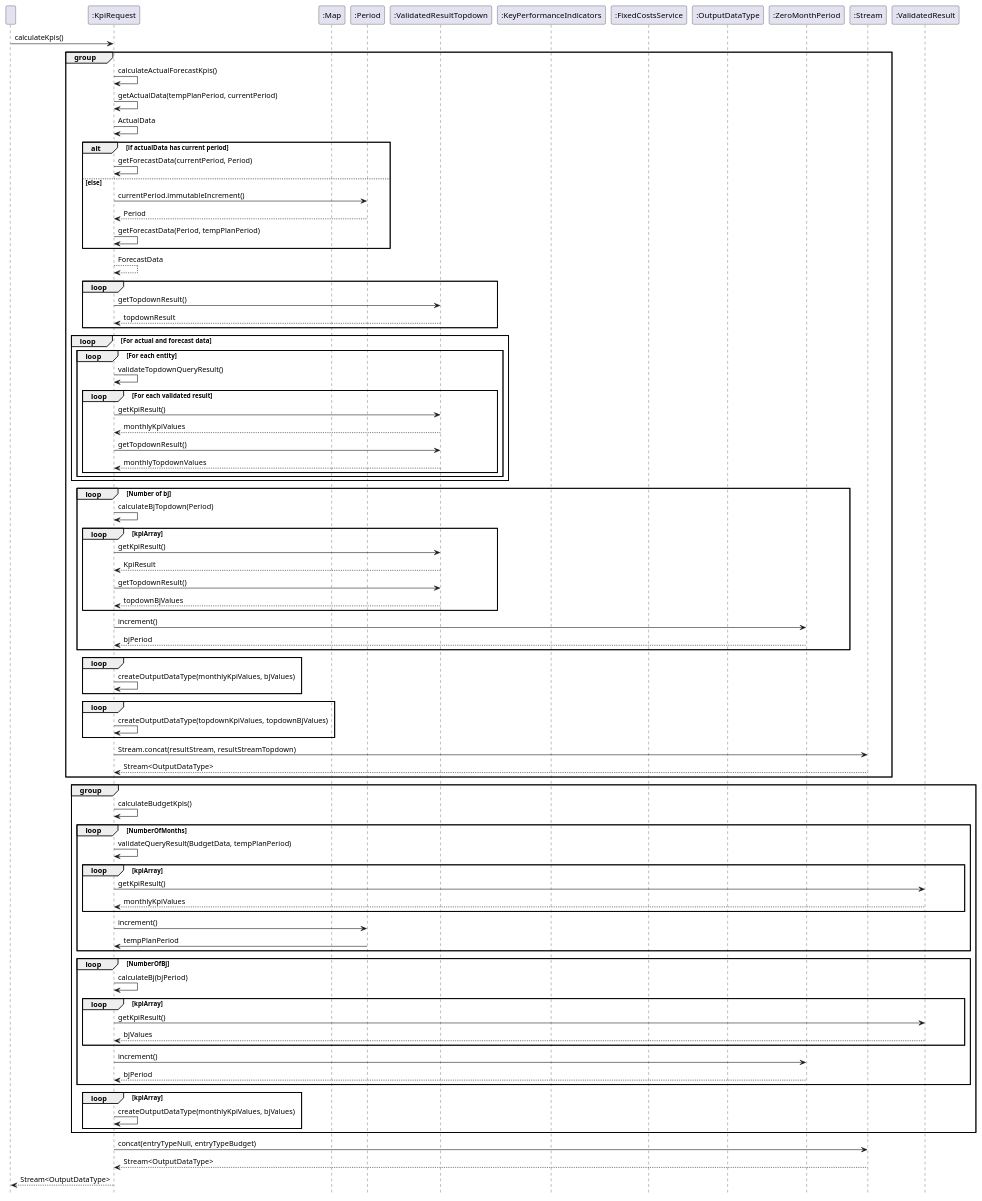
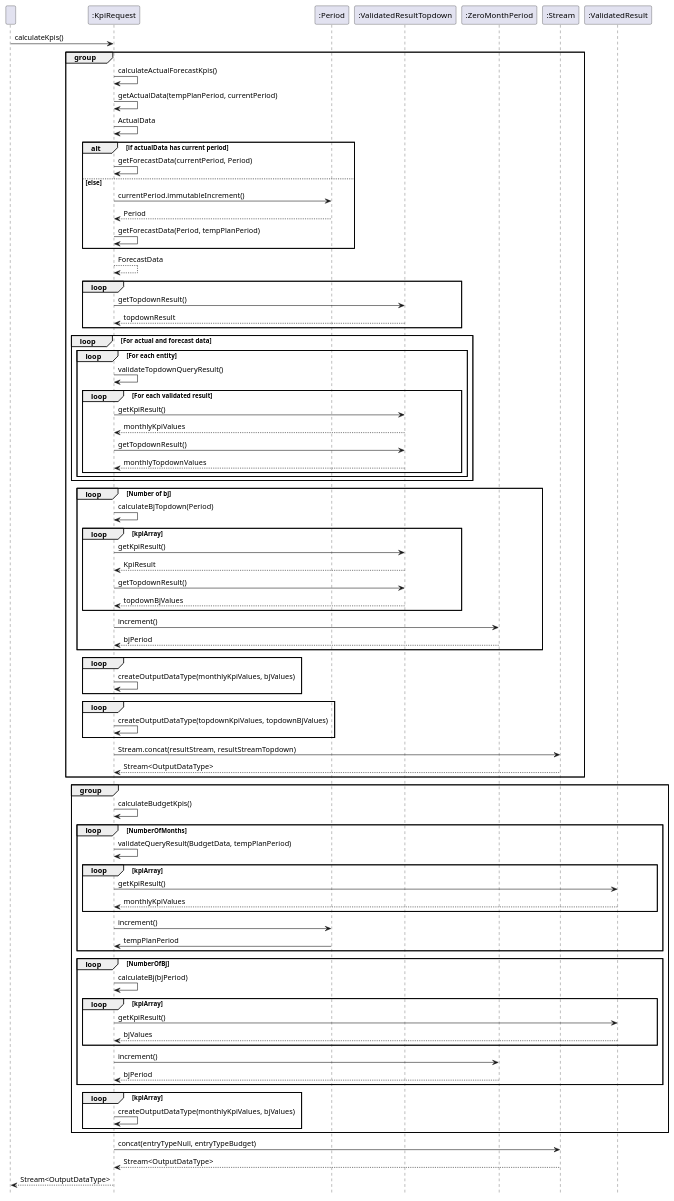
One commit to wagnst/forecast-cassandra changed the diagram in diagrams/sequence/sequence_KpiRequest.puml. Above: the diagram before and after it, drawn with PlantUML.

Commit message:
update sequence_KpiRequest diagramm

```diff
--- a/diagrams/sequence/sequence_KpiRequest.puml
+++ b/diagrams/sequence/sequence_KpiRequest.puml
@@ -1,100 +1,96 @@
 @startuml
 hide footbox
 participant  " "
 participant  ":KpiRequest"
-participant  ":Map"
 participant  ":Period"
 participant  ":ValidatedResultTopdown"
-participant  ":KeyPerformanceIndicators"
-participant  ":FixedCostsService"
-participant  ":OutputDataType"
 participant  ":ZeroMonthPeriod"
 
 
 " " -> ":KpiRequest" : calculateKpis()
 group
 ":KpiRequest" -> ":KpiRequest" : calculateActualForecastKpis()
 ":KpiRequest" -> ":KpiRequest" : getActualData(tempPlanPeriod, currentPeriod)
 ":KpiRequest" -> ":KpiRequest" : ActualData
 alt if actualData has current period
     ":KpiRequest" -> ":KpiRequest" : getForecastData(currentPeriod, Period)
     else else
     ":KpiRequest" -> ":Period" : currentPeriod.immutableIncrement()
     ":Period" --> ":KpiRequest" : Period
     ":KpiRequest" -> ":KpiRequest" : getForecastData(Period, tempPlanPeriod)
 end
     ":KpiRequest" --> ":KpiRequest" : ForecastData
 
 loop
 ":KpiRequest" -> ":ValidatedResultTopdown" : getTopdownResult()
 ":ValidatedResultTopdown" --> ":KpiRequest" : topdownResult
 end
 
 loop For actual and forecast data
    loop For each entity
          ":KpiRequest" -> ":KpiRequest" : validateTopdownQueryResult()
         loop For each validated result
             ":KpiRequest" -> ":ValidatedResultTopdown" : getKpiResult()
             ":ValidatedResultTopdown" --> ":KpiRequest" : monthlyKpiValues
             ":KpiRequest" -> ":ValidatedResultTopdown" : getTopdownResult()
             ":ValidatedResultTopdown" --> ":KpiRequest" : monthlyTopdownValues
         end
    end
 end
 
 loop Number of bj
     ":KpiRequest" -> ":KpiRequest" : calculateBjTopdown(Period)
     loop kpiArray
         ":KpiRequest" -> ":ValidatedResultTopdown" : getKpiResult()
         ":ValidatedResultTopdown" --> ":KpiRequest" : KpiResult
         ":KpiRequest" -> ":ValidatedResultTopdown" : getTopdownResult()
         ":ValidatedResultTopdown" --> ":KpiRequest" : topdownBjValues
     end
     ":KpiRequest" -> ":ZeroMonthPeriod" : increment()
     ":ZeroMonthPeriod" --> ":KpiRequest" : bjPeriod
 end
 
 loop
        ":KpiRequest" -> ":KpiRequest" : createOutputDataType(monthlyKpiValues, bjValues)
 end
 
 loop
     ":KpiRequest" -> ":KpiRequest" : createOutputDataType(topdownKpiValues, topdownBjValues)
 end
 
 ":KpiRequest" -> ":Stream" : Stream.concat(resultStream, resultStreamTopdown)
 ":Stream" --> ":KpiRequest" : Stream<OutputDataType>
 end
 group
 ":KpiRequest" -> ":KpiRequest" : calculateBudgetKpis()
 
 loop NumberOfMonths
     ":KpiRequest" -> ":KpiRequest" : validateQueryResult(BudgetData, tempPlanPeriod)
     loop kpiArray
         ":KpiRequest" -> ":ValidatedResult" : getKpiResult()
         ":ValidatedResult" --> ":KpiRequest" : monthlyKpiValues
     end
         ":KpiRequest" -> ":Period" : increment()
         ":Period" -> ":KpiRequest" : tempPlanPeriod
 end
 
 loop NumberOfBj
     ":KpiRequest" -> ":KpiRequest" : calculateBj(bjPeriod)
     loop kpiArray
         ":KpiRequest" -> ":ValidatedResult": getKpiResult()
         ":ValidatedResult" --> ":KpiRequest": bjValues
     end
     ":KpiRequest" -> ":ZeroMonthPeriod" : increment()
     ":ZeroMonthPeriod" --> ":KpiRequest" : bjPeriod
 end
 
 loop kpiArray
     ":KpiRequest" -> ":KpiRequest" : createOutputDataType(monthlyKpiValues, bjValues)
 end
 end
 
 ":KpiRequest" -> ":Stream" : concat(entryTypeNull, entryTypeBudget)
 ":Stream" --> ":KpiRequest" : Stream<OutputDataType>
 
 ":KpiRequest" --> " " : Stream<OutputDataType>
 @enduml
```
